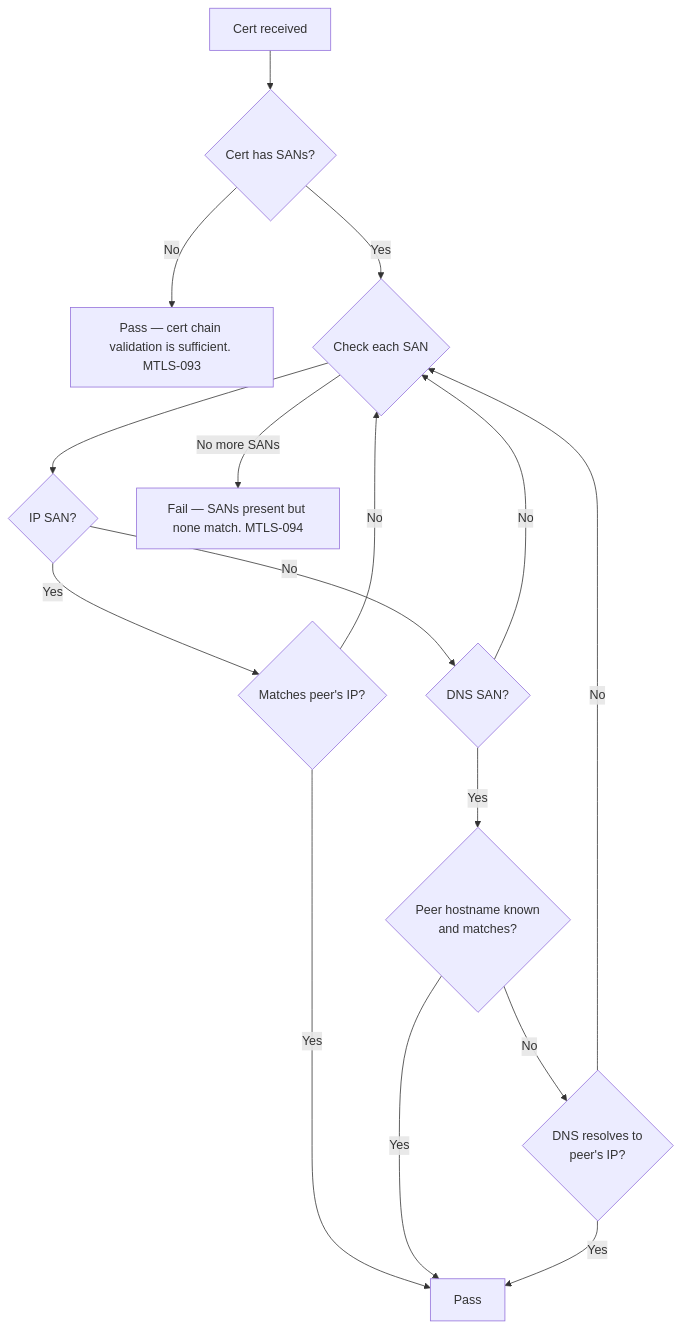
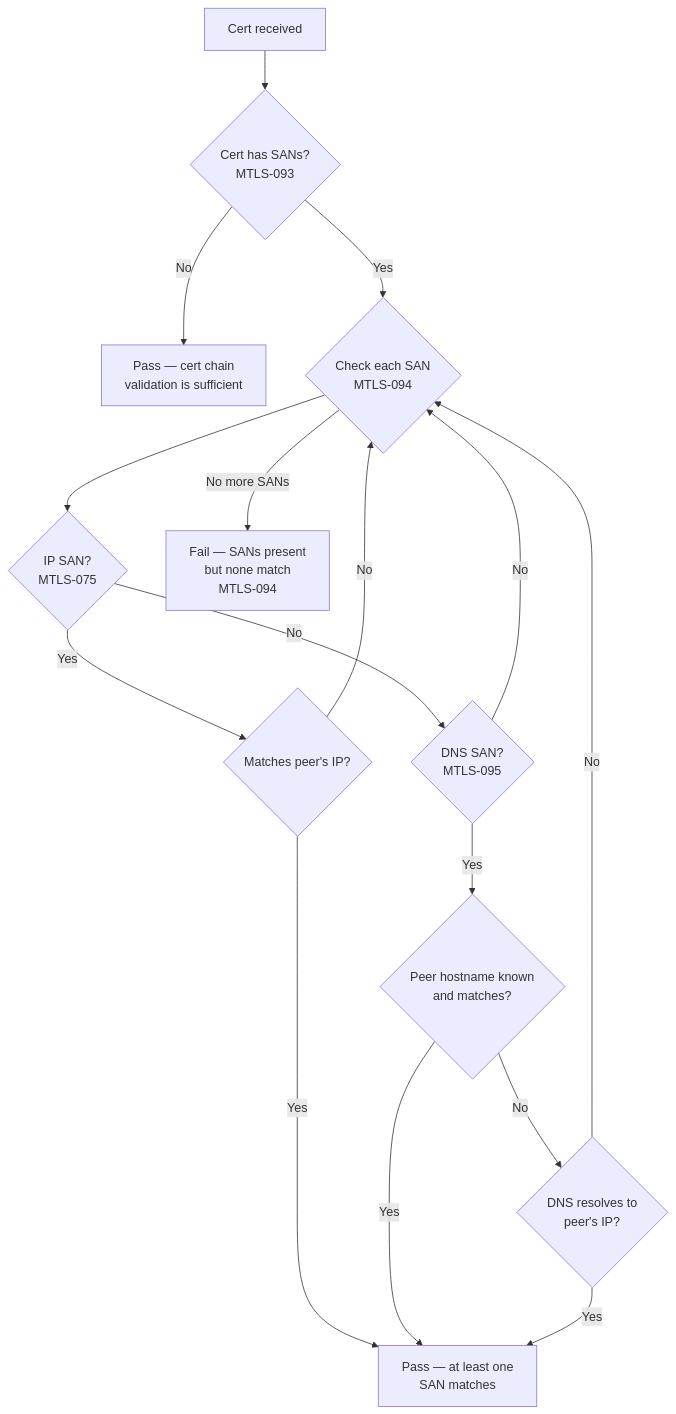
One commit to aranya-project/aranya-docs changed the second of 2 diagrams in docs/mtls.md. Above: the diagram before and after it, drawn with Mermaid.

Commit message:
docs: add requirement IDs to SAN verification flowchart nodes

````diff
--- a/docs/mtls.md
+++ b/docs/mtls.md
@@ -396,18 +396,18 @@
 ```mermaid
 flowchart TD
-    A[Cert received] --> B{Cert has SANs?}
-    B -->|No| C[Pass — cert chain validation is sufficient. MTLS-093]
-    B -->|Yes| D{Check each SAN}
-    D --> E{IP SAN?}
+    A[Cert received] --> B{Cert has SANs?<br/>MTLS-093}
+    B -->|No| C[Pass — cert chain<br/>validation is sufficient]
+    B -->|Yes| D{Check each SAN<br/>MTLS-094}
+    D --> E{IP SAN?<br/>MTLS-075}
     E -->|Yes| F{Matches peer's IP?}
-    F -->|Yes| G[Pass]
+    F -->|Yes| G[Pass — at least one<br/>SAN matches]
     F -->|No| D
-    E -->|No| H{DNS SAN?}
+    E -->|No| H{DNS SAN?<br/>MTLS-095}
     H -->|Yes| I{Peer hostname known<br/>and matches?}
     I -->|Yes| G
     I -->|No| J{DNS resolves to<br/>peer's IP?}
     J -->|Yes| G
     J -->|No| D
     H -->|No| D
-    D -->|No more SANs| K[Fail — SANs present but none match. MTLS-094]
+    D -->|No more SANs| K[Fail — SANs present<br/>but none match<br/>MTLS-094]
 ```
````
